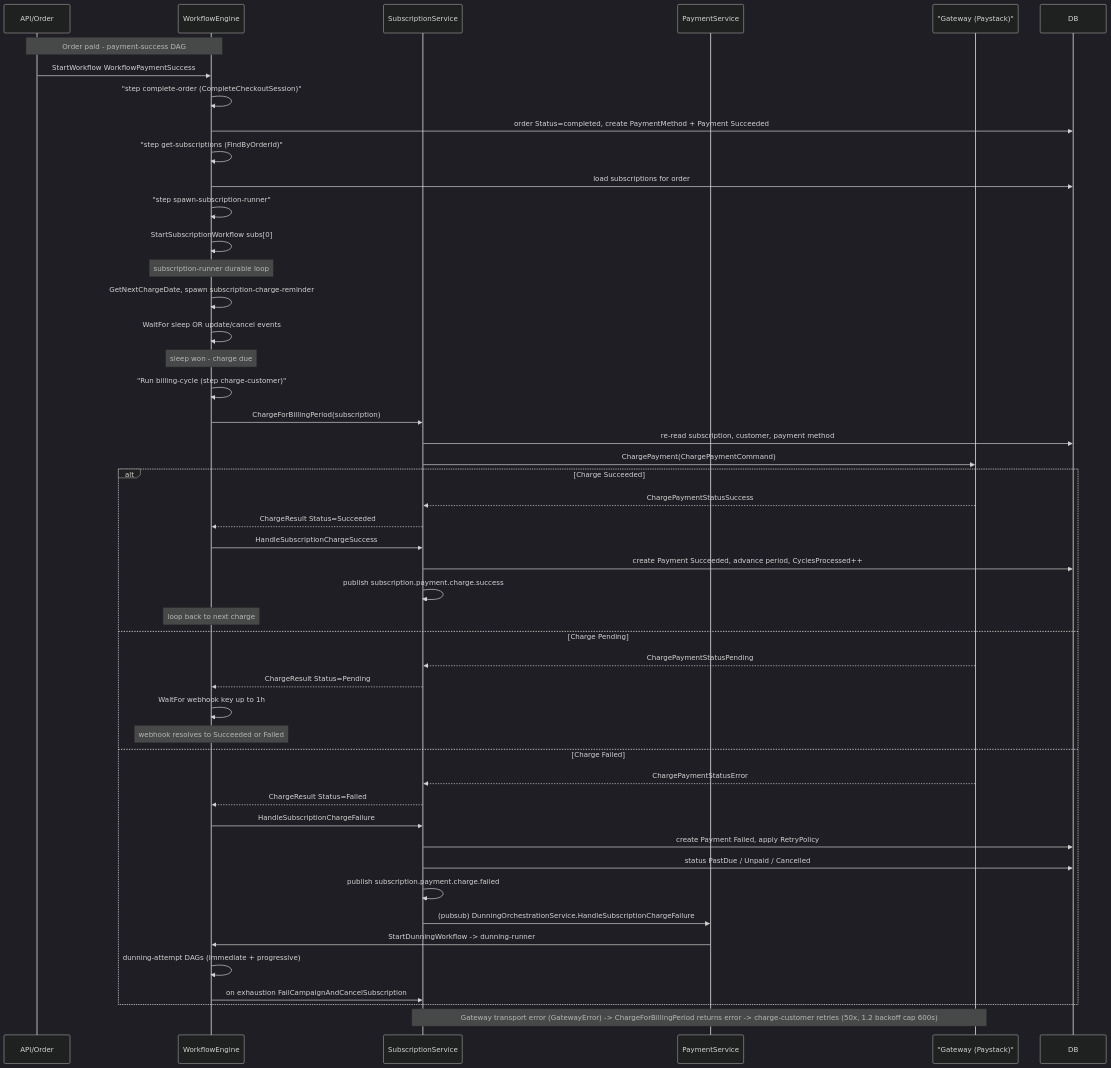
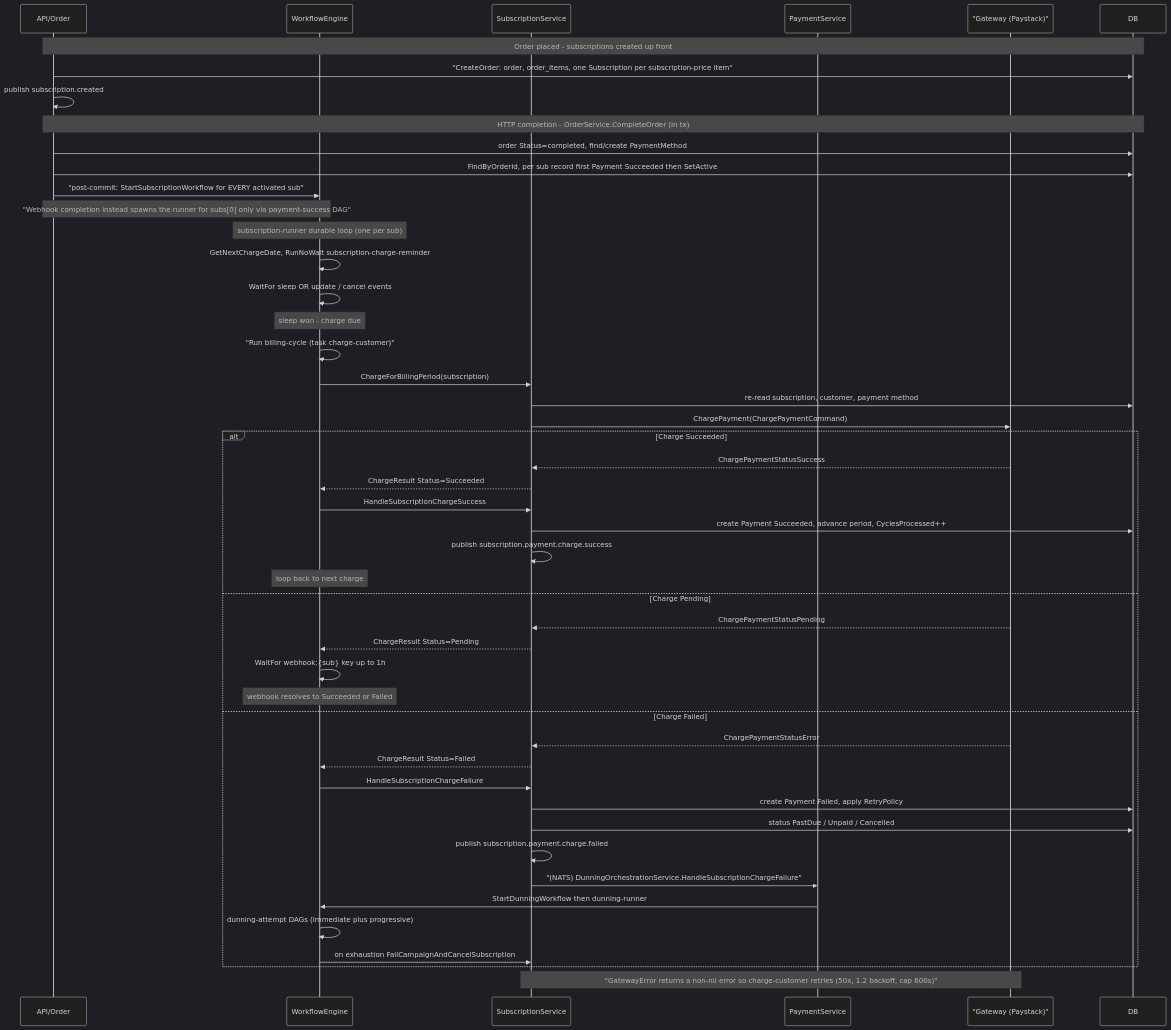
One commit to getpaidhqco/getpaidhq changed the second of 2 diagrams in docs/workflows/subscription-payments.md. Above: the diagram before and after it, drawn with Mermaid (dark theme). The commit also changed other lines of this file and 2 other files, not shown here.

First line of the commit message:
docs: refresh architecture + subscription/payment diagrams for latest code

````diff
--- a/docs/workflows/subscription-payments.md
+++ b/docs/workflows/subscription-payments.md
@@ -59,55 +71,56 @@
 ```mermaid
 sequenceDiagram
     participant API as API/Order
     participant WE as WorkflowEngine
     participant SS as SubscriptionService
     participant PS as PaymentService
     participant GW as "Gateway (Paystack)"
     participant DB as DB
 
-    Note over API,WE: Order paid - payment-success DAG
-    API->>WE: StartWorkflow WorkflowPaymentSuccess
-    WE->>WE: "step complete-order (CompleteCheckoutSession)"
-    WE->>DB: order Status=completed, create PaymentMethod + Payment Succeeded
-    WE->>WE: "step get-subscriptions (FindByOrderId)"
-    WE->>DB: load subscriptions for order
-    WE->>WE: "step spawn-subscription-runner"
-    WE->>WE: StartSubscriptionWorkflow subs[0]
+    Note over API,DB: Order placed - subscriptions created up front
+    API->>DB: "CreateOrder: order, order_items, one Subscription per subscription-price item"
+    API->>API: publish subscription.created
 
-    Note over WE: subscription-runner durable loop
-    WE->>WE: GetNextChargeDate, spawn subscription-charge-reminder
-    WE->>WE: WaitFor sleep OR update/cancel events
+    Note over API,DB: HTTP completion - OrderService.CompleteOrder (in tx)
+    API->>DB: order Status=completed, find/create PaymentMethod
+    API->>DB: FindByOrderId, per sub record first Payment Succeeded then SetActive
+    API->>WE: "post-commit: StartSubscriptionWorkflow for EVERY activated sub"
+    Note over API,WE: "Webhook completion instead spawns the runner for subs[0] only via payment-success DAG"
+
+    Note over WE: subscription-runner durable loop (one per sub)
+    WE->>WE: GetNextChargeDate, RunNoWait subscription-charge-reminder
+    WE->>WE: WaitFor sleep OR update / cancel events
     Note over WE: sleep won - charge due
 
-    WE->>WE: "Run billing-cycle (step charge-customer)"
+    WE->>WE: "Run billing-cycle (task charge-customer)"
     WE->>SS: ChargeForBillingPeriod(subscription)
     SS->>DB: re-read subscription, customer, payment method
     SS->>GW: ChargePayment(ChargePaymentCommand)
 
     alt Charge Succeeded
         GW-->>SS: ChargePaymentStatusSuccess
         SS-->>WE: ChargeResult Status=Succeeded
         WE->>SS: HandleSubscriptionChargeSuccess
         SS->>DB: create Payment Succeeded, advance period, CyclesProcessed++
         SS->>SS: publish subscription.payment.charge.success
         Note over WE: loop back to next charge
     else Charge Pending
         GW-->>SS: ChargePaymentStatusPending
         SS-->>WE: ChargeResult Status=Pending
-        WE->>WE: WaitFor webhook key up to 1h
+        WE->>WE: WaitFor webhook:{sub} key up to 1h
         Note over WE: webhook resolves to Succeeded or Failed
     else Charge Failed
         GW-->>SS: ChargePaymentStatusError
         SS-->>WE: ChargeResult Status=Failed
         WE->>SS: HandleSubscriptionChargeFailure
         SS->>DB: create Payment Failed, apply RetryPolicy
         SS->>DB: status PastDue / Unpaid / Cancelled
         SS->>SS: publish subscription.payment.charge.failed
-        SS->>PS: (pubsub) DunningOrchestrationService.HandleSubscriptionChargeFailure
-        PS->>WE: StartDunningWorkflow -> dunning-runner
-        WE->>WE: dunning-attempt DAGs (immediate + progressive)
+        SS->>PS: "(NATS) DunningOrchestrationService.HandleSubscriptionChargeFailure"
+        PS->>WE: StartDunningWorkflow then dunning-runner
+        WE->>WE: dunning-attempt DAGs (immediate plus progressive)
         WE->>SS: on exhaustion FailCampaignAndCancelSubscription
     end
 
-    Note over SS,GW: Gateway transport error (GatewayError) -> ChargeForBillingPeriod returns error -> charge-customer retries (50x, 1.2 backoff cap 600s)
+    Note over SS,GW: "GatewayError returns a non-nil error so charge-customer retries (50x, 1.2 backoff, cap 600s)"
 ```
````
